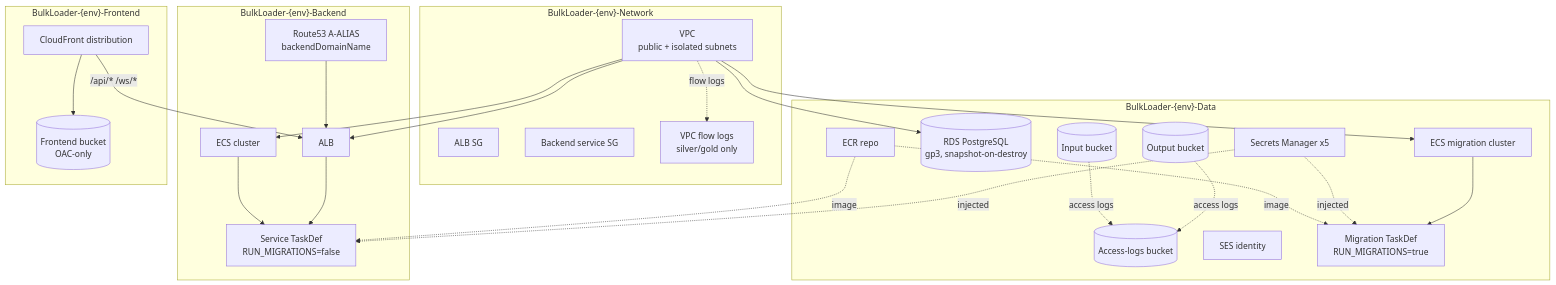
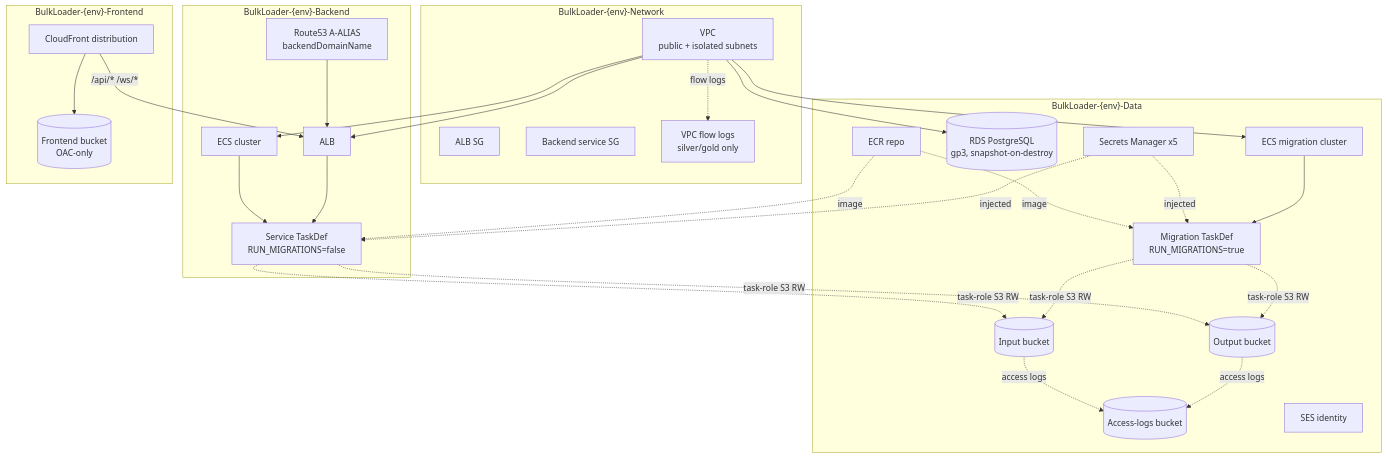
One commit to eelywasa/sf-bulk-loader changed the second of 4 diagrams in docs/architecture/aws-topology.md. Above: the diagram before and after it, drawn with Mermaid. The commit also changed other lines of this file and 6 other files, not shown here.

First line of the commit message:
SFBL-387: CDK first-party bucket env vars + scoped task-role S3 grants

````diff
--- a/docs/architecture/aws-topology.md
+++ b/docs/architecture/aws-topology.md
@@ -38,51 +44,55 @@
 ```mermaid
 flowchart TB
   subgraph network["BulkLoader-#123;env#125;-Network"]
     vpc[VPC<br/>public + isolated subnets]
     sgalb[ALB SG]
     sgsvc[Backend service SG]
     flowlog[VPC flow logs<br/>silver/gold only]
   end
 
   subgraph data["BulkLoader-#123;env#125;-Data"]
     ecr[ECR repo]
     rds[(RDS PostgreSQL<br/>gp3, snapshot-on-destroy)]
     s3in[(Input bucket)]
     s3out[(Output bucket)]
     s3logs[(Access-logs bucket)]
     secrets[Secrets Manager x5]
     sesId[SES identity]
     migcluster[ECS migration cluster]
     migtd[Migration TaskDef<br/>RUN_MIGRATIONS=true]
   end
 
   subgraph backend["BulkLoader-#123;env#125;-Backend"]
     cluster[ECS cluster]
     svctd[Service TaskDef<br/>RUN_MIGRATIONS=false]
     alb[ALB]
     routeApi[Route53 A-ALIAS<br/>backendDomainName]
   end
 
   subgraph frontend["BulkLoader-#123;env#125;-Frontend"]
     s3fe[(Frontend bucket<br/>OAC-only)]
     cfDist[CloudFront distribution]
   end
 
   vpc --> rds
   vpc --> alb
   vpc --> cluster
   vpc --> migcluster
   vpc -.flow logs.-> flowlog
   s3in -.access logs.-> s3logs
   s3out -.access logs.-> s3logs
   ecr -.image.-> svctd
   ecr -.image.-> migtd
   secrets -.injected.-> svctd
   secrets -.injected.-> migtd
   cluster --> svctd
   migcluster --> migtd
   alb --> svctd
+  svctd -.task-role S3 RW.-> s3in
+  svctd -.task-role S3 RW.-> s3out
+  migtd -.task-role S3 RW.-> s3in
+  migtd -.task-role S3 RW.-> s3out
   cfDist --> s3fe
   cfDist -->|"/api/* /ws/*"| alb
   routeApi --> alb
 ```
````
